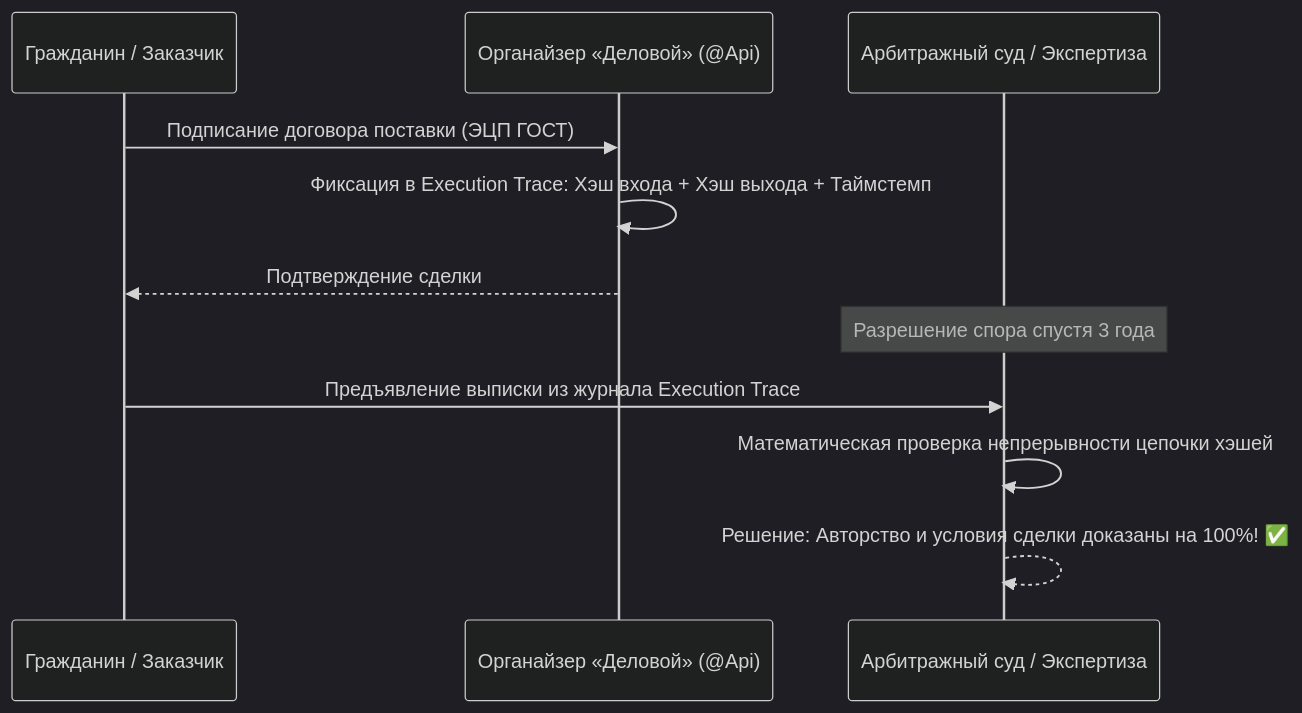
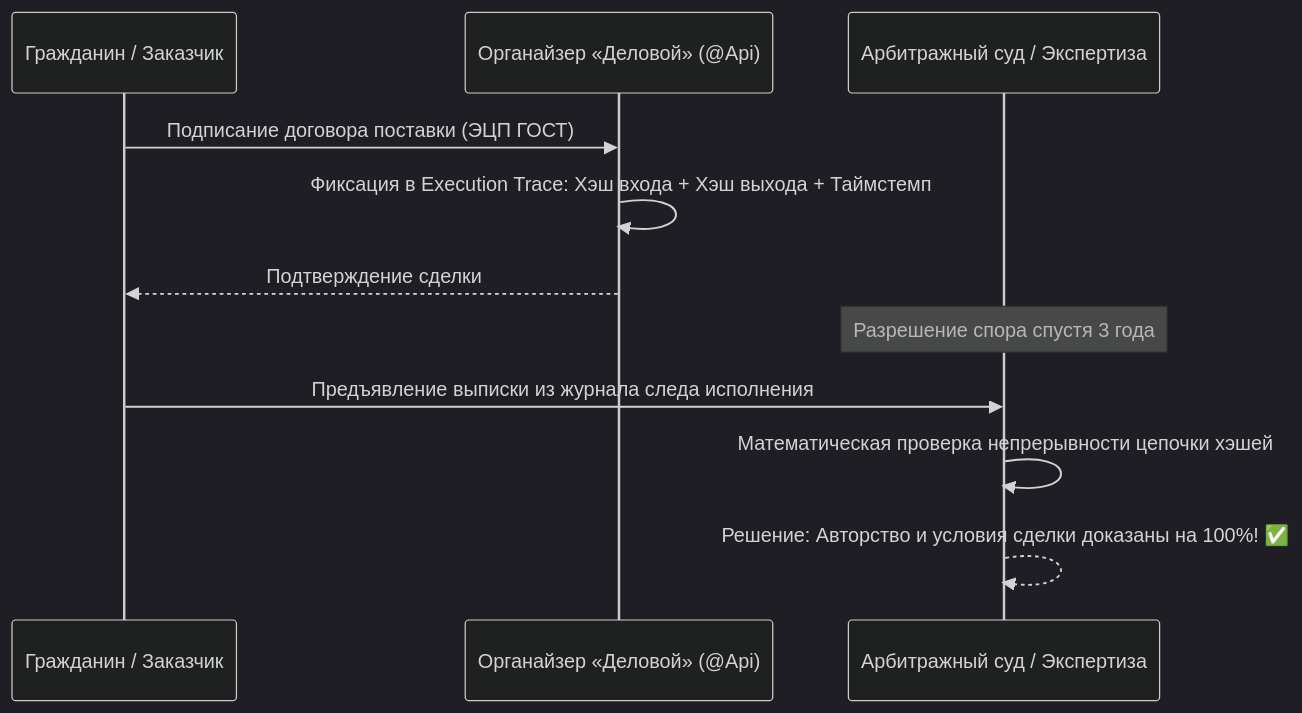
One commit to Data-Independence-Network/presentations changed the fifth of 10 diagrams in architecture_presentations/07_cryptography_and_api_economy/docs/presentation_deck.md. Above: the diagram before and after it, drawn with Mermaid (dark theme). The commit also changed other lines of this file and 88 other files, not shown here.

```diff
--- a/architecture_presentations/07_cryptography_and_api_economy/docs/presentation_deck.md
+++ b/architecture_presentations/07_cryptography_and_api_economy/docs/presentation_deck.md
@@ -360,15 +360,15 @@
         <div class="mermaid">
 sequenceDiagram
     participant Citizen as Гражданин / Заказчик
     participant Org as Органайзер «Деловой» (@Api)
     participant Court as Арбитражный суд / Экспертиза
 
     Citizen->>Org: Подписание договора поставки (ЭЦП ГОСТ)
     Org->>Org: Фиксация в Execution Trace: Хэш входа + Хэш выхода + Таймстемп
     Org-->>Citizen: Подтверждение сделки
 
     Note over Court: Разрешение спора спустя 3 года
-    Citizen->>Court: Предъявление выписки из журнала Execution Trace
+    Citizen->>Court: Предъявление выписки из журнала следа исполнения
     Court->>Court: Математическая проверка непрерывности цепочки хэшей
     Court-->>Court: Решение: Авторство и условия сделки доказаны на 100%! ✅
         </div>
```
